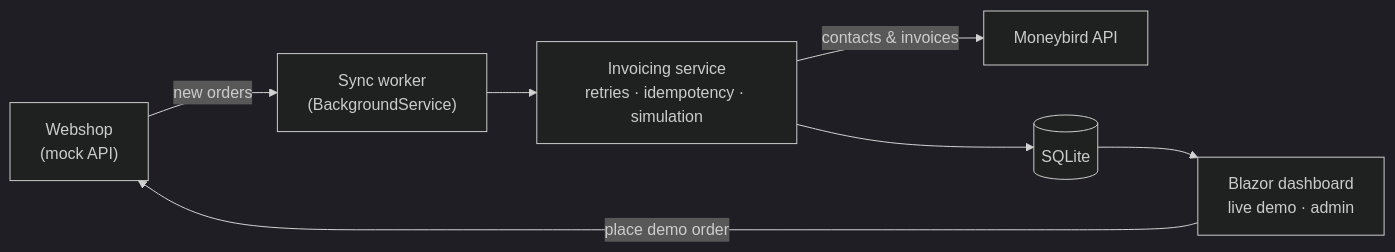
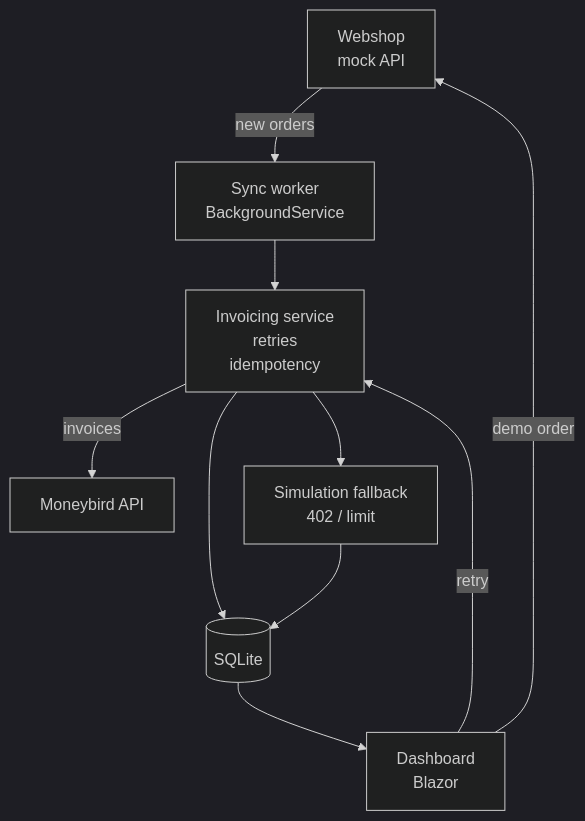
Before and after one commit to Faissal070/InvoiceBridge: the diagram in README.md, drawn with Mermaid (dark theme).

Commit message:
Fix truncated labels in README architecture diagram
Switch to a top-down layout with short labels, and show the simulation
fallback and the dashboard retry path.

````diff
--- a/README.md
+++ b/README.md
@@ -39,9 +39,12 @@
 ```mermaid
-flowchart LR
-    Shop["Webshop<br/>(mock API)"] -->|new orders| Worker["Sync worker<br/>(BackgroundService)"]
-    Worker --> Service["Invoicing service<br/>retries · idempotency · simulation"]
-    Service -->|contacts & invoices| Moneybird["Moneybird API"]
+flowchart TD
+    Shop["Webshop<br/>mock API"] -->|new orders| Worker["Sync worker<br/>BackgroundService"]
+    Worker --> Service["Invoicing service<br/>retries<br/>idempotency"]
+    Service -->|invoices| Moneybird["Moneybird API"]
+    Service --> Sim["Simulation fallback<br/>402 / limit"]
     Service --> Db[("SQLite")]
-    Db --> Dashboard["Blazor dashboard<br/>live demo · admin"]
-    Dashboard -->|place demo order| Shop
+    Sim --> Db
+    Db --> Dashboard["Dashboard<br/>Blazor"]
+    Dashboard -->|retry| Service
+    Dashboard -->|demo order| Shop
 ```
````
